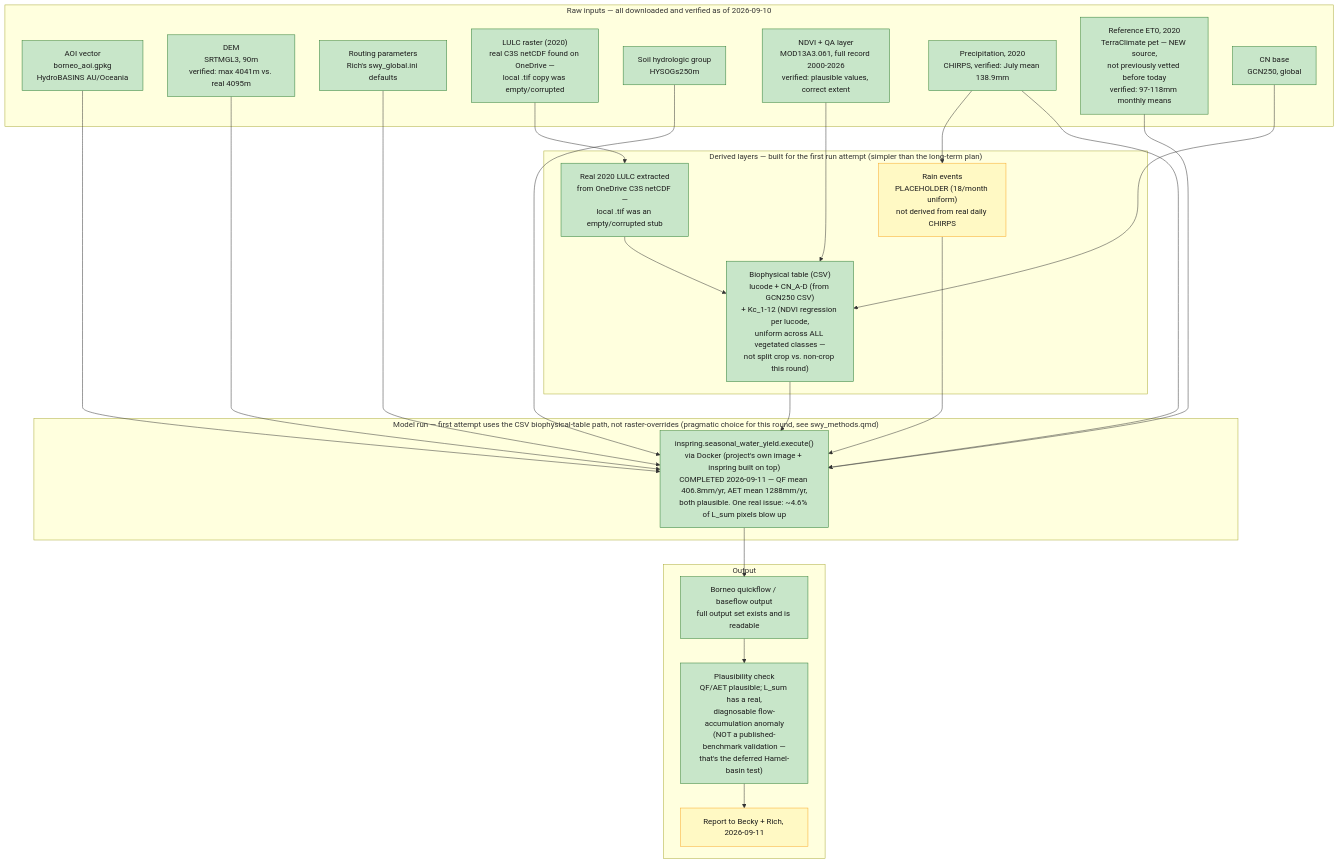
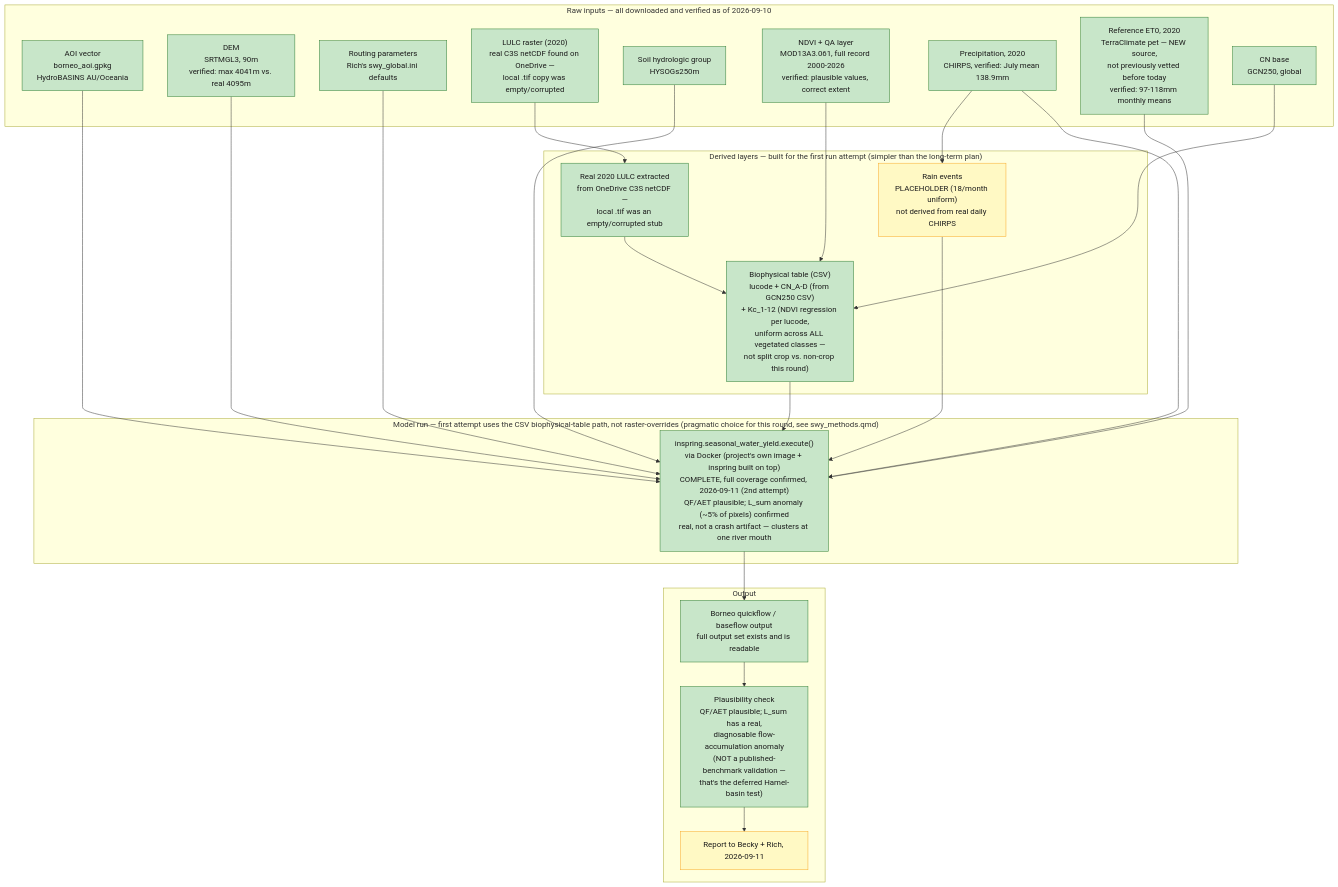
One commit to springinnovate/global_NCP changed the diagram in docs/swy/workflow.md. Above: the diagram before and after it, drawn with Mermaid. The commit also changed 6 other files, not shown here.

````diff
--- a/docs/swy/workflow.md
+++ b/docs/swy/workflow.md
@@ -7,49 +7,49 @@
 ```mermaid
 flowchart TD
     subgraph INPUTS["Raw inputs — all downloaded and verified as of 2026-09-10"]
         AOI["AOI vector<br/>borneo_aoi.gpkg<br/>HydroBASINS AU/Oceania"]:::done
         DEM["DEM<br/>SRTMGL3, 90m<br/>verified: max 4041m vs. real 4095m"]:::done
         ROUTE["Routing parameters<br/>Rich's swy_global.ini defaults"]:::done
         LULC["LULC raster (2020)<br/>real C3S netCDF found on OneDrive —<br/>local .tif copy was empty/corrupted"]:::done
         SOIL["Soil hydrologic group<br/>HYSOGs250m"]:::done
         NDVI["NDVI + QA layer<br/>MOD13A3.061, full record 2000-2026<br/>verified: plausible values, correct extent"]:::done
         PRECIP["Precipitation, 2020<br/>CHIRPS, verified: July mean 138.9mm"]:::done
         ET0["Reference ET0, 2020<br/>TerraClimate pet — NEW source,<br/>not previously vetted before today<br/>verified: 97-118mm monthly means"]:::done
         GCN["CN base<br/>GCN250, global"]:::done
     end
 
     subgraph DERIVED["Derived layers — built for the first run attempt (simpler than the long-term plan)"]
         LULC2020["Real 2020 LULC extracted<br/>from OneDrive C3S netCDF —<br/>local .tif was an empty/corrupted stub"]:::done
         RAINEV["Rain events<br/>PLACEHOLDER (18/month uniform)<br/>not derived from real daily CHIRPS"]:::progress
         BIOTABLE["Biophysical table (CSV)<br/>lucode + CN_A-D (from GCN250 CSV)<br/>+ Kc_1-12 (NDVI regression per lucode,<br/>uniform across ALL vegetated classes —<br/>not split crop vs. non-crop this round)"]:::done
     end
 
     subgraph RUN["Model run — first attempt uses the CSV biophysical-table path, not raster-overrides (pragmatic choice for this round, see swy_methods.qmd)"]
-        SWYRUN["inspring.seasonal_water_yield.execute()<br/>via Docker (project's own image + inspring built on top)<br/>COMPLETED 2026-09-11 — QF mean 406.8mm/yr, AET mean 1288mm/yr,<br/>both plausible. One real issue: ~4.6% of L_sum pixels blow up"]:::done
+        SWYRUN["inspring.seasonal_water_yield.execute()<br/>via Docker (project's own image + inspring built on top)<br/>COMPLETE, full coverage confirmed, 2026-09-11 (2nd attempt)<br/>QF/AET plausible; L_sum anomaly (~5% of pixels) confirmed<br/>real, not a crash artifact — clusters at one river mouth"]:::done
     end
 
     subgraph OUT["Output"]
         RESULT["Borneo quickflow / baseflow output<br/>full output set exists and is readable"]:::done
         QCHECK["Plausibility check<br/>QF/AET plausible; L_sum has a real,<br/>diagnosable flow-accumulation anomaly<br/>(NOT a published-benchmark validation —<br/>that's the deferred Hamel-basin test)"]:::done
         REPORT["Report to Becky + Rich, 2026-09-11"]:::progress
     end
 
     AOI --> SWYRUN
     DEM --> SWYRUN
     ROUTE --> SWYRUN
     LULC --> LULC2020
     LULC2020 --> BIOTABLE
     SOIL --> SWYRUN
     GCN --> BIOTABLE
     NDVI --> BIOTABLE
     BIOTABLE --> SWYRUN
     PRECIP --> RAINEV
     PRECIP --> SWYRUN
     ET0 --> SWYRUN
     RAINEV --> SWYRUN
     SWYRUN --> RESULT --> QCHECK --> REPORT
 
     classDef done fill:#c8e6c9,stroke:#2e7d32,color:#1b1b1b
     classDef progress fill:#fff9c4,stroke:#f9a825,color:#1b1b1b
     classDef blocked fill:#ffcdd2,stroke:#c62828,color:#1b1b1b
 ```
````
